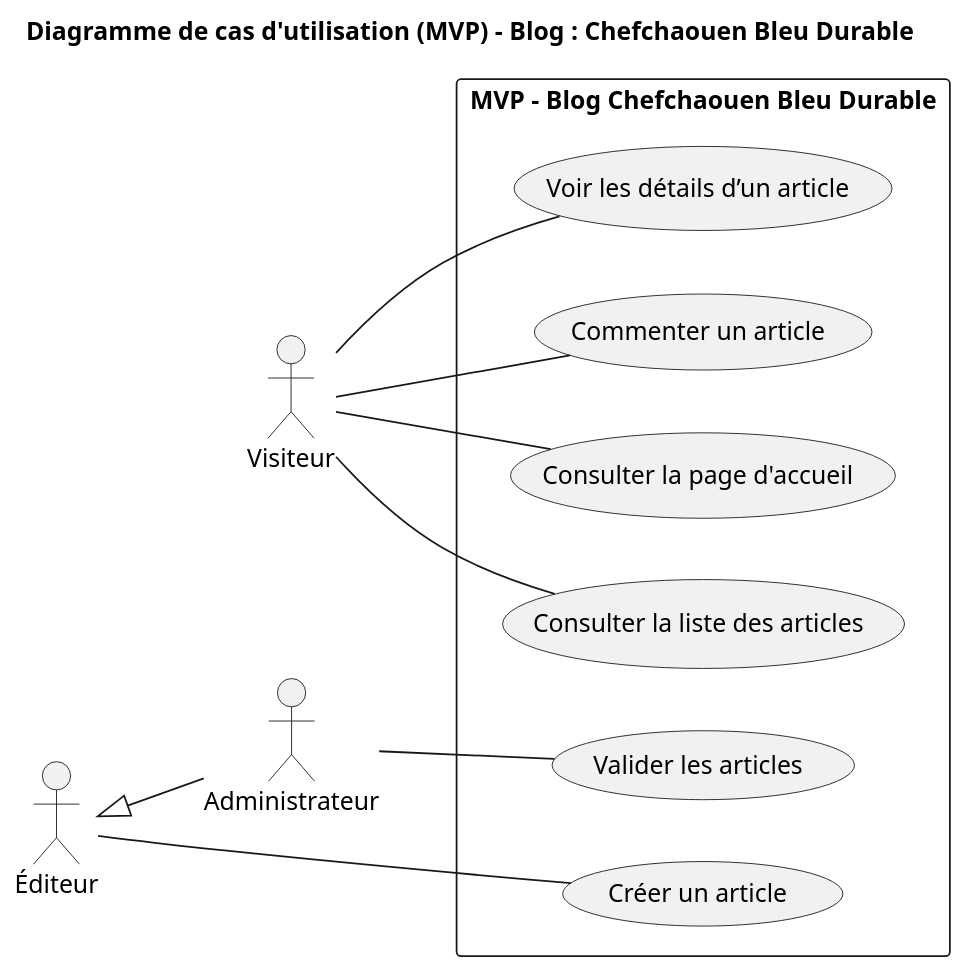
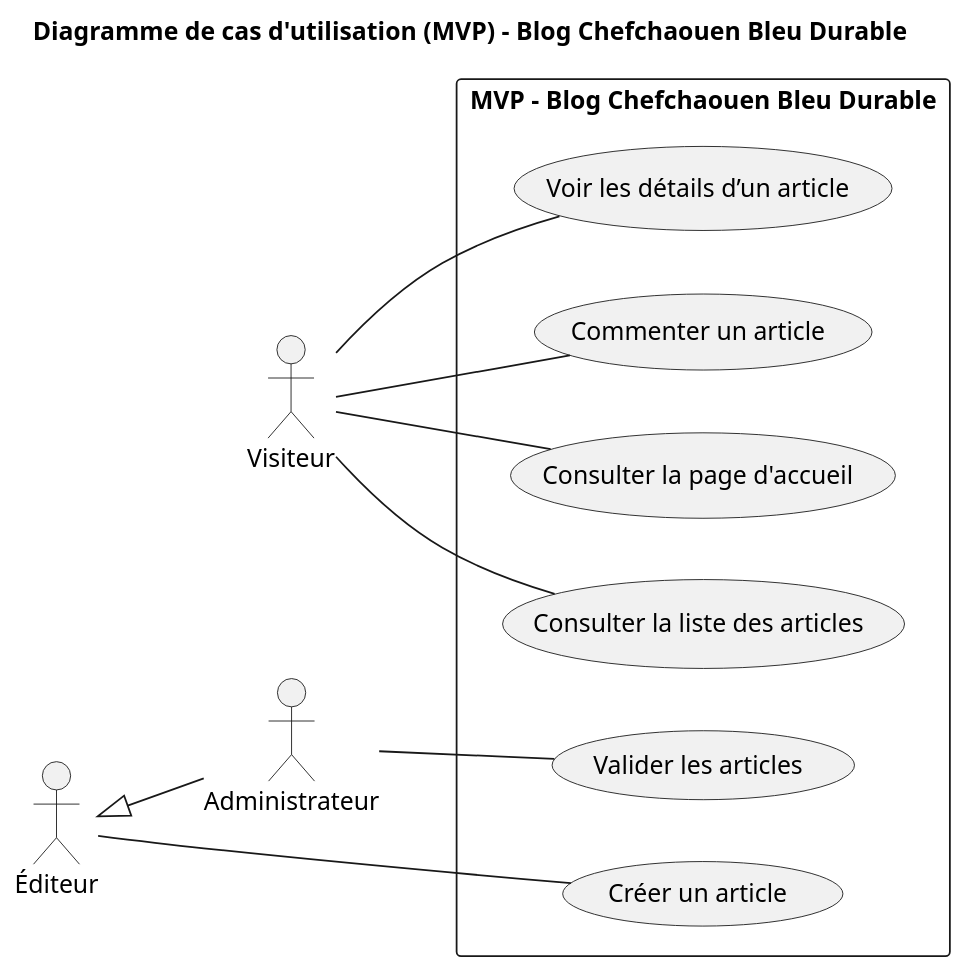
The diagram in fonctionnalités_principales/diagram_useCases_mvp.md (salma-dev123/analyse_besoin), drawn with PlantUML before and after one commit.

Commit message:
update use case diagram mvp

```diff
--- a/fonctionnalités_principales/diagram_useCases_mvp.md
+++ b/fonctionnalités_principales/diagram_useCases_mvp.md
@@ -1,35 +1,32 @@
 @startuml
-title Diagramme de cas d'utilisation (MVP) - Blog : Chefchaouen Bleu Durable
+title Diagramme de cas d'utilisation (MVP) - Blog Chefchaouen Bleu Durable
 left to right direction
 scale 1.3
 
 actor "Visiteur" as Visiteur
 actor "Éditeur" as Editeur
 actor "Administrateur" as Admin
 
 rectangle "MVP - Blog Chefchaouen Bleu Durable" {
-
   (Consulter la page d'accueil) as UC1
   (Consulter la liste des articles) as UC2
   (Voir les détails d’un article) as UC3
   (Commenter un article) as UC4
   (Créer un article) as UC5
   (Valider les articles) as UC6
 }
 
-' Relations Visiteur
+' Relations des acteurs
 Visiteur -- UC1
 Visiteur -- UC2
 Visiteur -- UC3
 Visiteur -- UC4
 
-' Relations Editeur
 Editeur -- UC5
 
-' Relations Admin
 Admin -- UC6
 
-' Héritage : l’Éditeur est un type d’Administrateur
+' Héritage
 Editeur <|-- Admin
 
 @enduml
```
